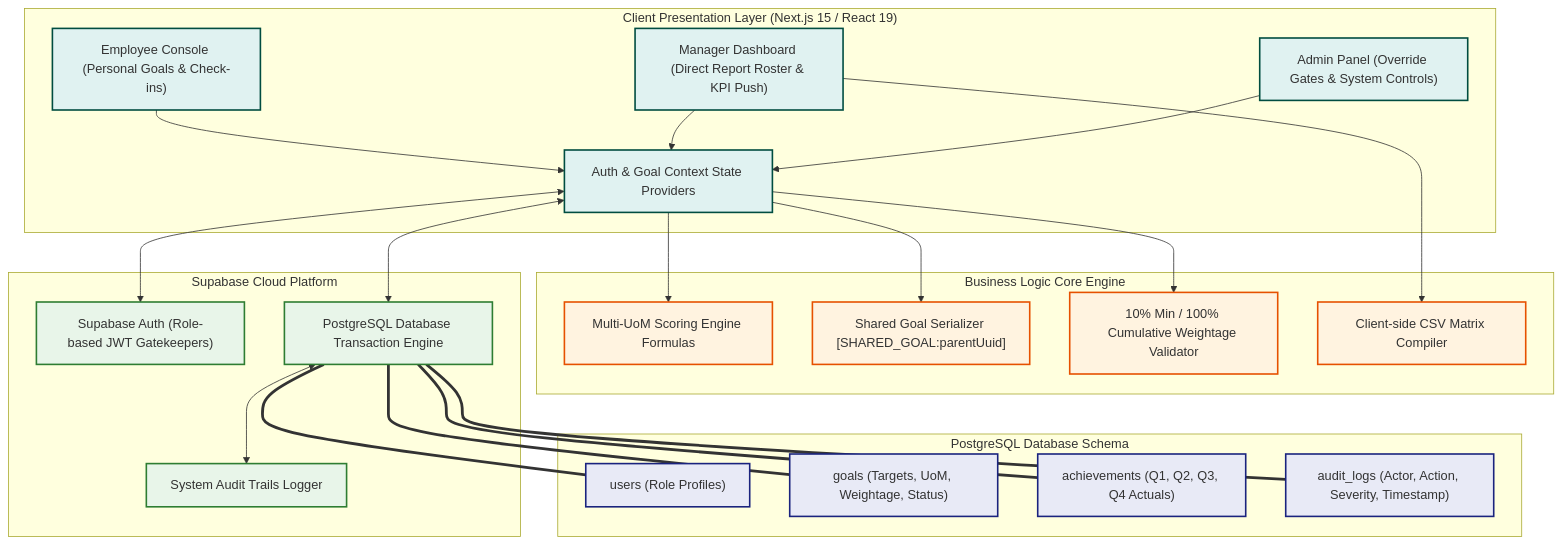
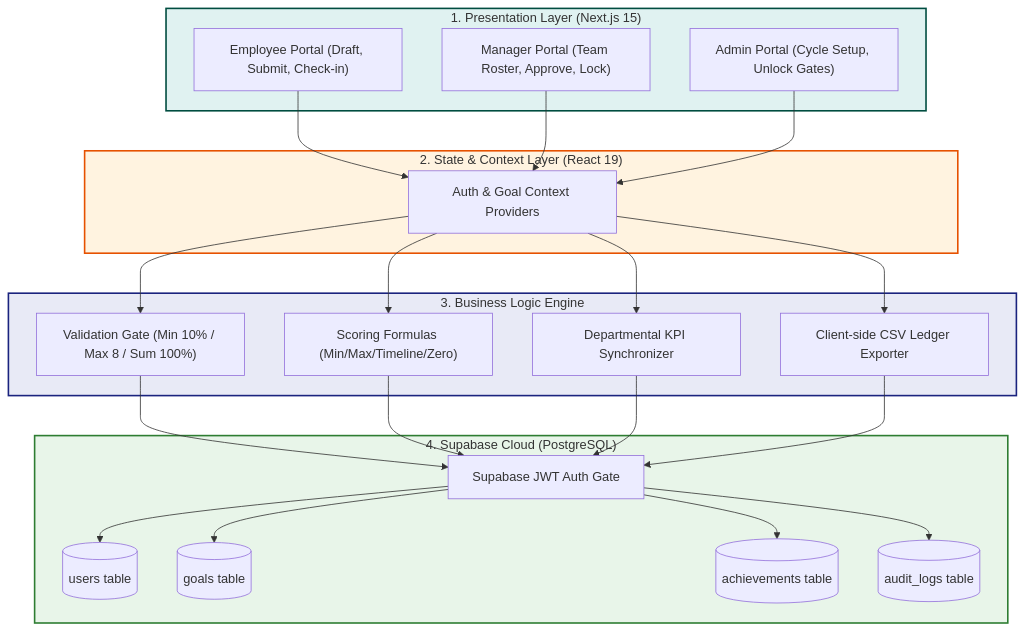
The diagram in HACKATHON_SUBMISSION.md (Mohanteja0886/IN-HOUSE-GOAL-SETTING-TRACKING-PORTAL), drawn with Mermaid before and after one commit.

Commit message:
docs: optimize Mermaid diagram layout to vertical stack for extreme clarity and readability on GitHub

````diff
--- a/HACKATHON_SUBMISSION.md
+++ b/HACKATHON_SUBMISSION.md
@@ -40,58 +40,57 @@
 ```mermaid
 graph TD
-    subgraph Client ["Client Presentation Layer (Next.js 15 / React 19)"]
-        A["Employee Console (Personal Goals & Check-ins)"]
-        B["Manager Dashboard (Direct Report Roster & KPI Push)"]
-        C["Admin Panel (Override Gates & System Controls)"]
-        D["Auth & Goal Context State Providers"]
+    %% Presentation Layer
+    subgraph UI ["1. Presentation Layer (Next.js 15)"]
+        EMP["Employee Portal (Draft, Submit, Check-in)"]
+        MGR["Manager Portal (Team Roster, Approve, Lock)"]
+        ADM["Admin Portal (Cycle Setup, Unlock Gates)"]
     end
 
-    subgraph Logic ["Business Logic Core Engine"]
-        E["Multi-UoM Scoring Engine Formulas"]
-        F["Shared Goal Serializer [SHARED_GOAL:parentUuid]"]
-        G["10% Min / 100% Cumulative Weightage Validator"]
-        H["Client-side CSV Matrix Compiler"]
+    %% State & Context Layer
+    subgraph State ["2. State & Context Layer (React 19)"]
+        CTX["Auth & Goal Context Providers"]
     end
 
-    subgraph Backend ["Supabase Cloud Platform"]
-        I["Supabase Auth (Role-based JWT Gatekeepers)"]
-        J["PostgreSQL Database Transaction Engine"]
-        K["System Audit Trails Logger"]
+    %% Business Logic
+    subgraph Core ["3. Business Logic Engine"]
+        VAL["Validation Gate (Min 10% / Max 8 / Sum 100%)"]
+        UOM["Scoring Formulas (Min/Max/Timeline/Zero)"]
+        SHR["Departmental KPI Synchronizer"]
+        CSV["Client-side CSV Ledger Exporter"]
     end
 
-    subgraph Data ["PostgreSQL Database Schema"]
-        L["users (Role Profiles)"]
-        M["goals (Targets, UoM, Weightage, Status)"]
-        N["achievements (Q1, Q2, Q3, Q4 Actuals)"]
-        O["audit_logs (Actor, Action, Severity, Timestamp)"]
+    %% Supabase Backend
+    subgraph DB ["4. Supabase Cloud (PostgreSQL)"]
+        AUTH["Supabase JWT Auth Gate"]
+        TBL_USR[("users table")]
+        TBL_GOL[("goals table")]
+        TBL_ACH[("achievements table")]
+        TBL_AUD[("audit_logs table")]
     end
 
-    %% Flow links
-    A --> D
-    B --> D
-    C --> D
-    
-    D --> E
-    D --> F
-    D --> G
-    B --> H
-    
-    D <--> I
-    D <--> J
-    J <--> K
-    
-    J === L
-    J === M
-    J === N
-    J === O
-    
-    classDef clientStyle fill:#e0f2f1,stroke:#004d40,stroke-width:2px;
-    classDef logicStyle fill:#fff3e0,stroke:#e65100,stroke-width:2px;
-    classDef backStyle fill:#e8f5e9,stroke:#2e7d32,stroke-width:2px;
-    classDef dataStyle fill:#e8eaf6,stroke:#1a237e,stroke-width:2px;
-    
-    class A,B,C,D clientStyle;
-    class E,F,G,H logicStyle;
-    class I,J,K backStyle;
-    class L,M,N,O dataStyle;
+    %% Clean Vertical Flow Links
+    EMP --> CTX
+    MGR --> CTX
+    ADM --> CTX
+
+    CTX --> VAL
+    CTX --> UOM
+    CTX --> SHR
+    CTX --> CSV
+
+    VAL --> AUTH
+    UOM --> AUTH
+    SHR --> AUTH
+    CSV --> AUTH
+
+    AUTH --> TBL_USR
+    AUTH --> TBL_GOL
+    AUTH --> TBL_ACH
+    AUTH --> TBL_AUD
+
+    %% Custom Subgraph Styling for Premium Visuals
+    style UI fill:#e0f2f1,stroke:#004d40,stroke-width:2px
+    style State fill:#fff3e0,stroke:#e65100,stroke-width:2px
+    style Core fill:#e8eaf6,stroke:#1a237e,stroke-width:2px
+    style DB fill:#e8f5e9,stroke:#2e7d32,stroke-width:2px
 ```
````
